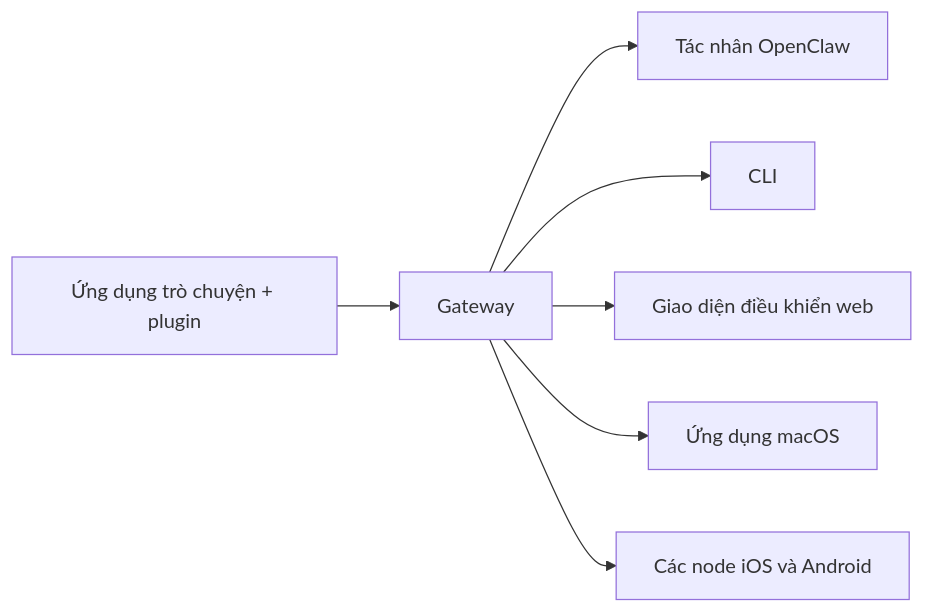
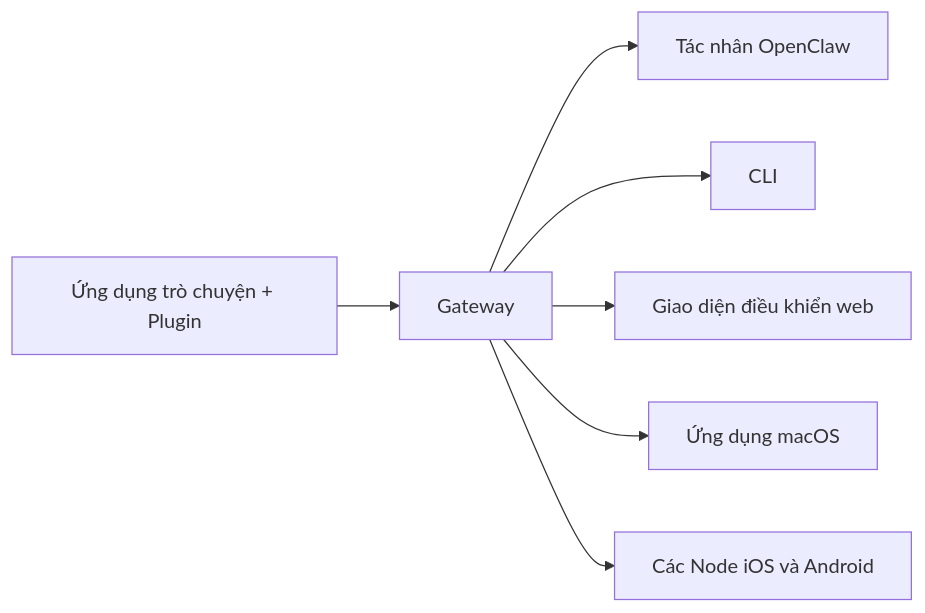
Before and after one commit to openclaw/docs: the diagram in docs/vi/index.md, drawn with Mermaid. The commit also changed other lines of this file and 6121 other files, not shown here.

````diff
--- a/docs/vi/index.md
+++ b/docs/vi/index.md
@@ -113,9 +114,9 @@
 ```mermaid
 flowchart LR
-  A["Ứng dụng trò chuyện + plugin"] --> B["Gateway"]
+  A["Ứng dụng trò chuyện + Plugin"] --> B["Gateway"]
   B --> C["Tác nhân OpenClaw"]
   B --> D["CLI"]
   B --> E["Giao diện điều khiển web"]
   B --> F["Ứng dụng macOS"]
-  B --> G["Các node iOS và Android"]
+  B --> G["Các Node iOS và Android"]
 ```
````
